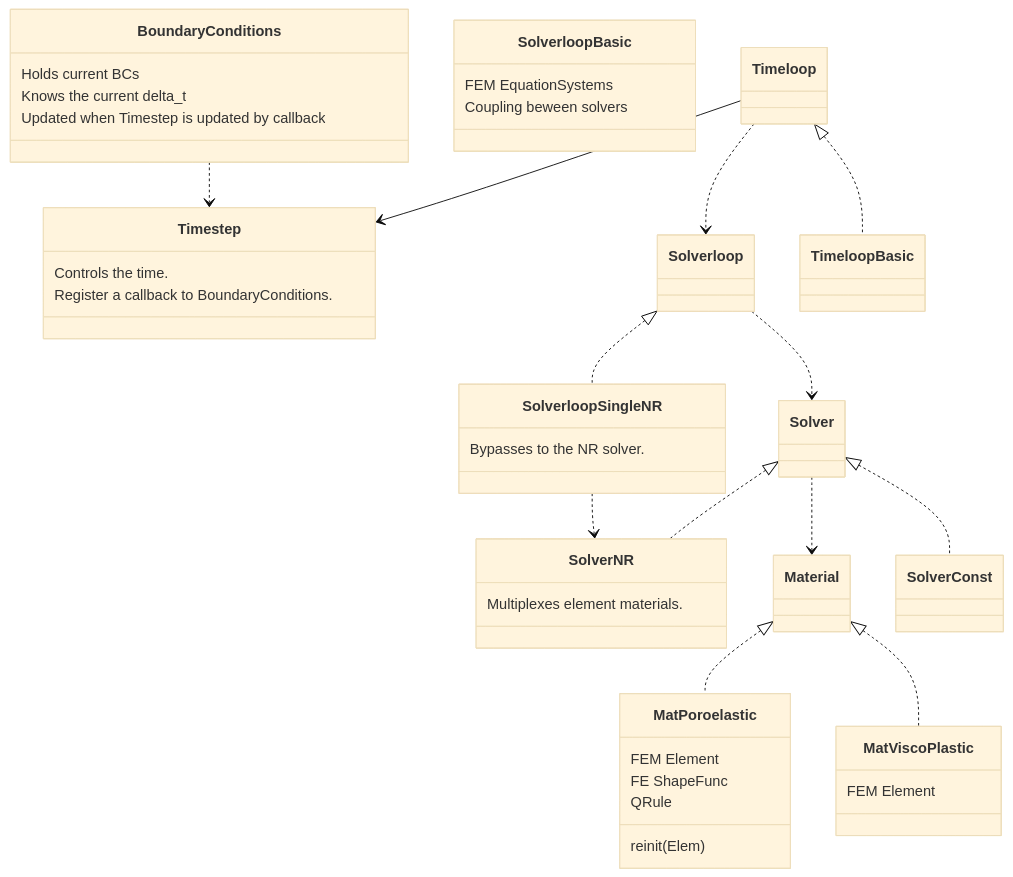
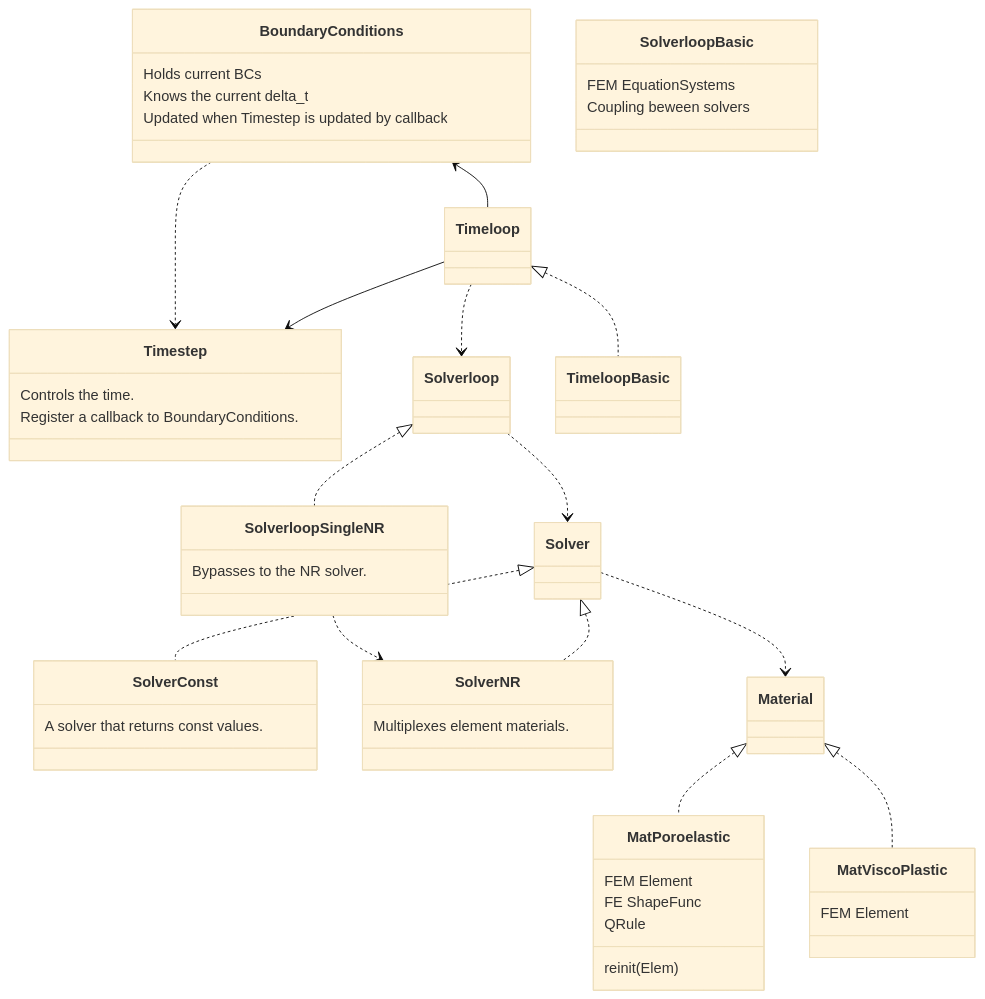
The second of 2 diagrams in doc/Description.md (rebpoli/harpy), drawn with Mermaid (base theme) before and after one commit.

````diff
--- a/doc/Description.md
+++ b/doc/Description.md
@@ -73,60 +71,64 @@
 ```mermaid
 classDiagram
+        BoundaryConditions <-- Timeloop
+
+
+    class SolverConst { A solver that returns const values.  }
 
     class Timestep {
         Controls the time.
         Register a callback to BoundaryConditions.
     }
     class BoundaryConditions { 
         Holds current BCs
         Knows the current delta_t
         Updated when Timestep is updated by callback
     }
     BoundaryConditions ..> Timestep
 
 %% Implementations
     class SolverloopBasic {
         FEM EquationSystems
         Coupling beween solvers
     }
 
     class MatViscoPlastic { FEM Element }
 
     class MatPoroelastic {
         FEM Element 
         FE ShapeFunc
         QRule
         reinit(Elem)
     }
 
     class SolverloopSingleNR { Bypasses to the NR solver. } 
     class SolverNR { Multiplexes element materials. }
 
 %% Dependencies
     Timeloop --> Timestep
     Timeloop ..> Solverloop
 
     SolverloopSingleNR ..> SolverNR
 
 %% Interfaces << implementations
     Timeloop <|.. TimeloopBasic
     Material <|.. MatPoroelastic
     Material <|.. MatViscoPlastic
     Solverloop <|.. SolverloopSingleNR
     Solver <|.. SolverNR
     Solver <|.. SolverConst
 
     Solverloop ..> Solver
     Solver..> Material
 
 %%
 %% classA <|-- classB    // Inheritance (B inherits from A)
 %% classA <|.. classB    // Implementation (B implements A)
 %% classA *-- classB     // Composition (B is part of A)
 %% classA o-- classB     // Aggregation (B is used by A)
 %% classA --> classB     // Association (A references B)
 %% classA ..> classB     // Dependency (A depends on B)
 %% classA ..|> classB    // Realization (B realizes A)
 %% classA <--> classB    // Bidirectional association
 
 ```
````
